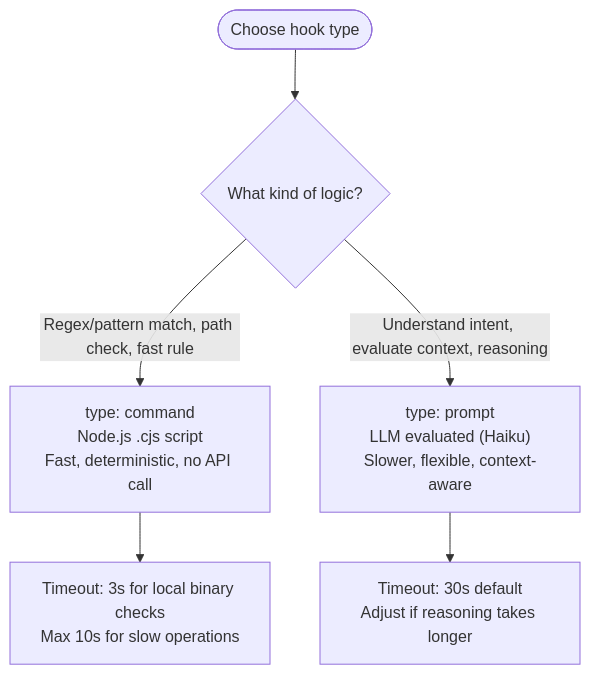
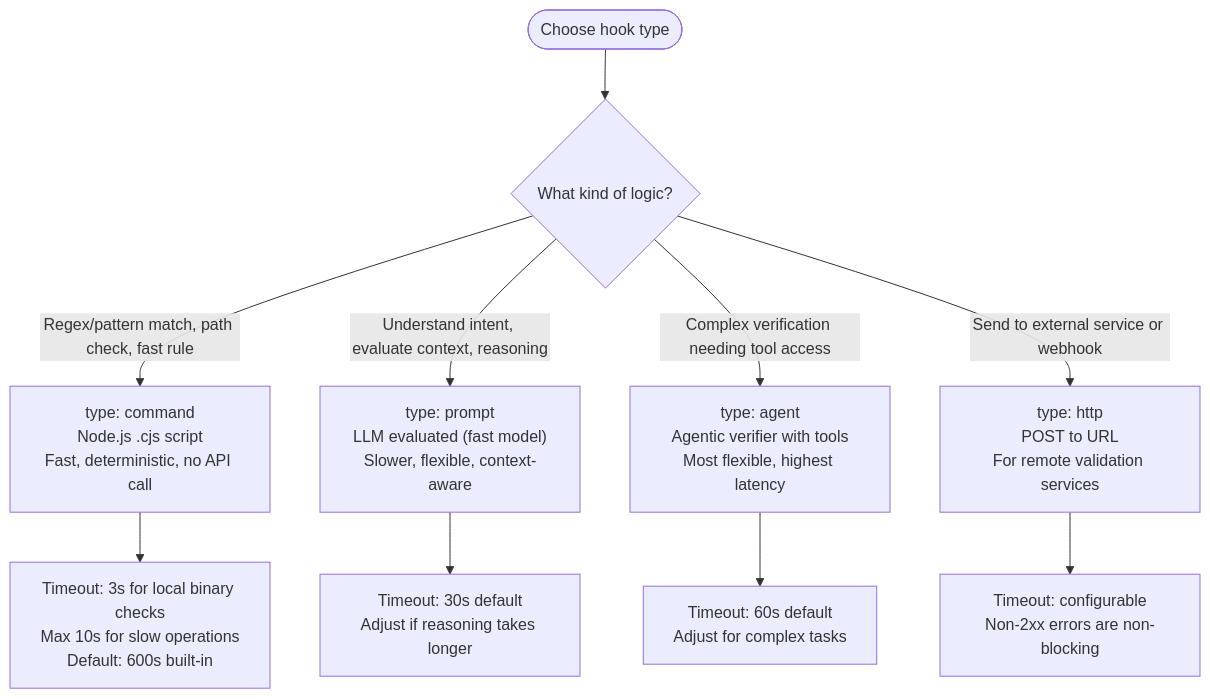
One commit to chgreer1070/claude_skills changed the third of 4 diagrams in plugins/plugin-creator/skills/hook-creator/SKILL.md. Above: the diagram before and after it, drawn with Mermaid. The commit also changed other lines of this file and 16 other files, not shown here.

````diff
--- a/plugins/plugin-creator/skills/hook-creator/SKILL.md
+++ b/plugins/plugin-creator/skills/hook-creator/SKILL.md
@@ -185,8 +208,12 @@
 ```mermaid
 flowchart TD
     Start([Choose hook type]) --> Q{What kind of logic?}
     Q -->|Regex/pattern match, path check, fast rule| Command["type: command\nNode.js .cjs script\nFast, deterministic, no API call"]
-    Q -->|Understand intent, evaluate context, reasoning| Prompt["type: prompt\nLLM evaluated (Haiku)\nSlower, flexible, context-aware"]
-    Command --> Timeout1[Timeout: 3s for local binary checks\nMax 10s for slow operations]
+    Q -->|Understand intent, evaluate context, reasoning| Prompt["type: prompt\nLLM evaluated (fast model)\nSlower, flexible, context-aware"]
+    Q -->|Complex verification needing tool access| Agent["type: agent\nAgentic verifier with tools\nMost flexible, highest latency"]
+    Q -->|Send to external service or webhook| HTTP["type: http\nPOST to URL\nFor remote validation services"]
+    Command --> Timeout1[Timeout: 3s for local binary checks\nMax 10s for slow operations\nDefault: 600s built-in]
     Prompt --> Timeout2[Timeout: 30s default\nAdjust if reasoning takes longer]
+    Agent --> Timeout3[Timeout: 60s default\nAdjust for complex tasks]
+    HTTP --> Timeout4[Timeout: configurable\nNon-2xx errors are non-blocking]
 ```
````
